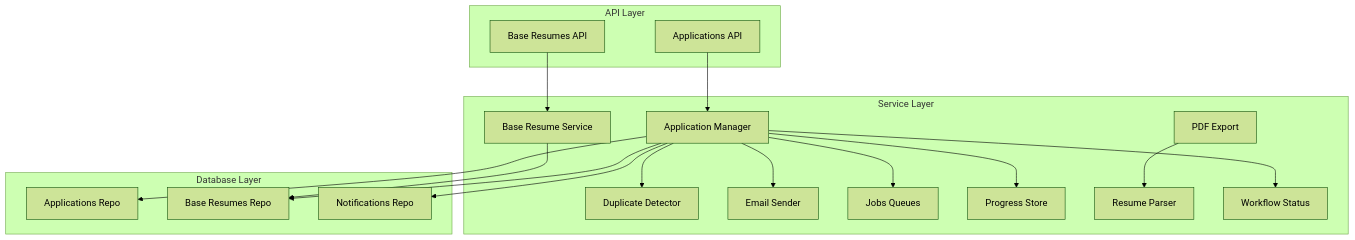
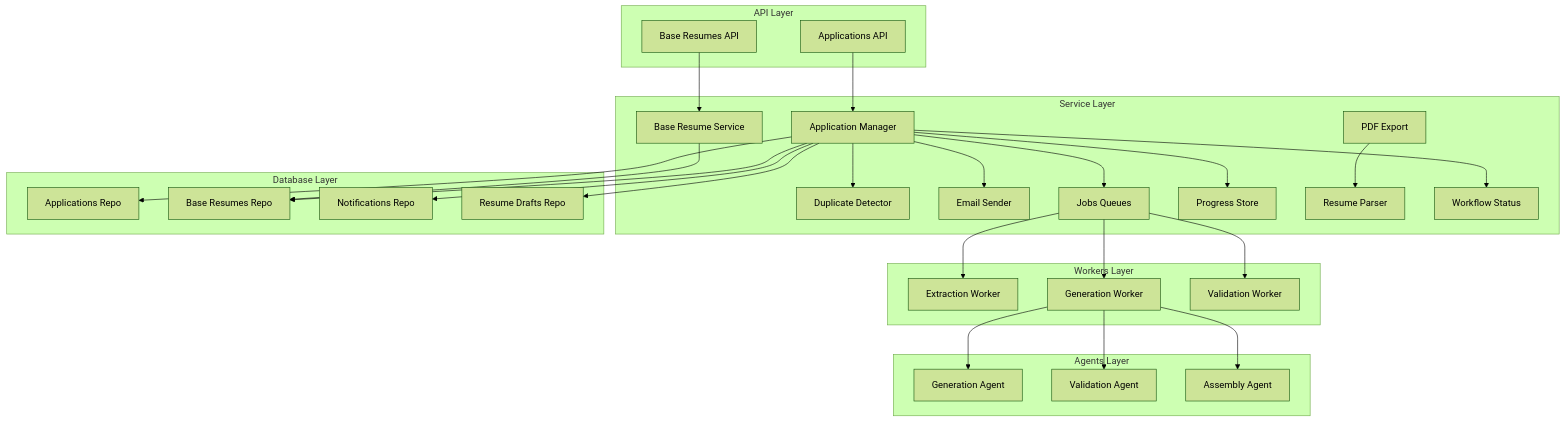
The first of 16 diagrams in .qoder/repowiki/en/content/Backend API/Service Layer/Service Layer.md (sankaL/resume-app), drawn with Mermaid (forest theme) before and after one commit. The commit also changed other lines of this file and 19 other files, not shown here.

First line of the commit message:
docs(agents): enhance comprehensive AI agent system documentation

````diff
--- a/.qoder/repowiki/en/content/Backend API/Service Layer/Service Layer.md
+++ b/.qoder/repowiki/en/content/Backend API/Service Layer/Service Layer.md
@@ -54,35 +73,53 @@
 ```mermaid
 graph TB
 subgraph "API Layer"
 A1["Applications API"]
 A2["Base Resumes API"]
 end
 subgraph "Service Layer"
 S1["Application Manager"]
 S2["Base Resume Service"]
 S3["Duplicate Detector"]
 S4["Email Sender"]
 S5["Jobs Queues"]
 S6["Progress Store"]
 S7["PDF Export"]
 S8["Resume Parser"]
 S9["Workflow Status"]
 end
 subgraph "Database Layer"
 D1["Applications Repo"]
 D2["Base Resumes Repo"]
 D3["Notifications Repo"]
+D4["Resume Drafts Repo"]
+end
+subgraph "Workers Layer"
+W1["Extraction Worker"]
+W2["Generation Worker"]
+W3["Validation Worker"]
+end
+subgraph "Agents Layer"
+AG1["Generation Agent"]
+AG2["Validation Agent"]
+AG3["Assembly Agent"]
 end
 A1 --> S1
 A2 --> S2
 S1 --> D1
 S1 --> D2
 S1 --> D3
+S1 --> D4
 S1 --> S3
 S1 --> S4
 S1 --> S5
 S1 --> S6
 S2 --> D2
 S7 --> S8
 S1 --> S9
+S5 --> W1
+S5 --> W2
+S5 --> W3
+W2 --> AG1
+W2 --> AG2
+W2 --> AG3
 ```
````
